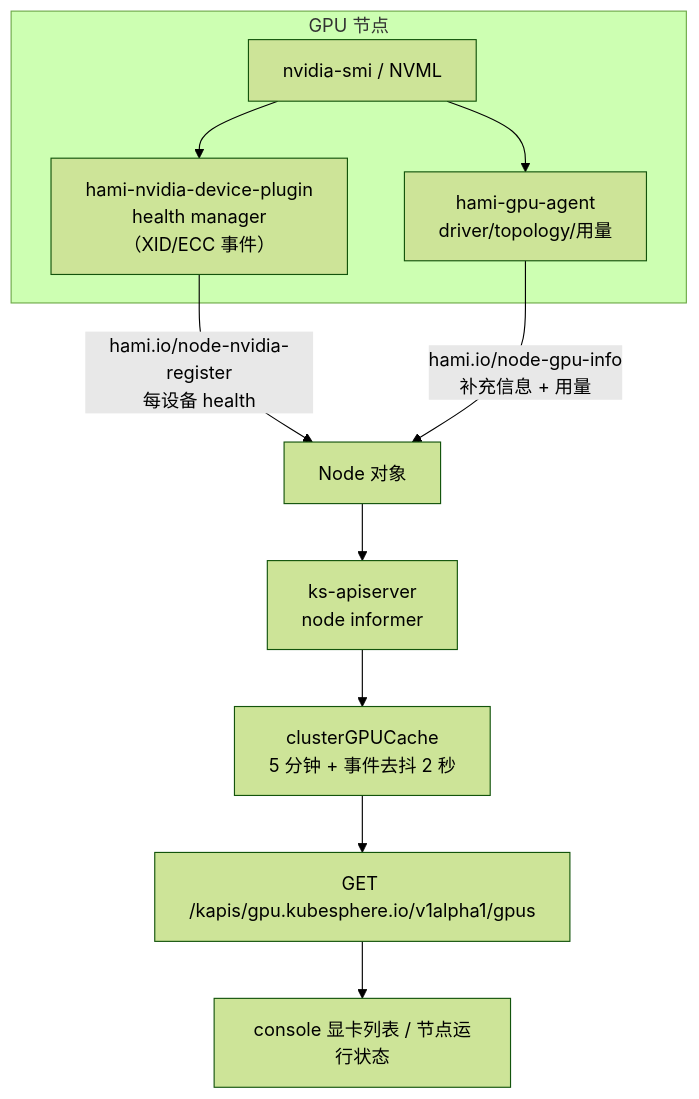
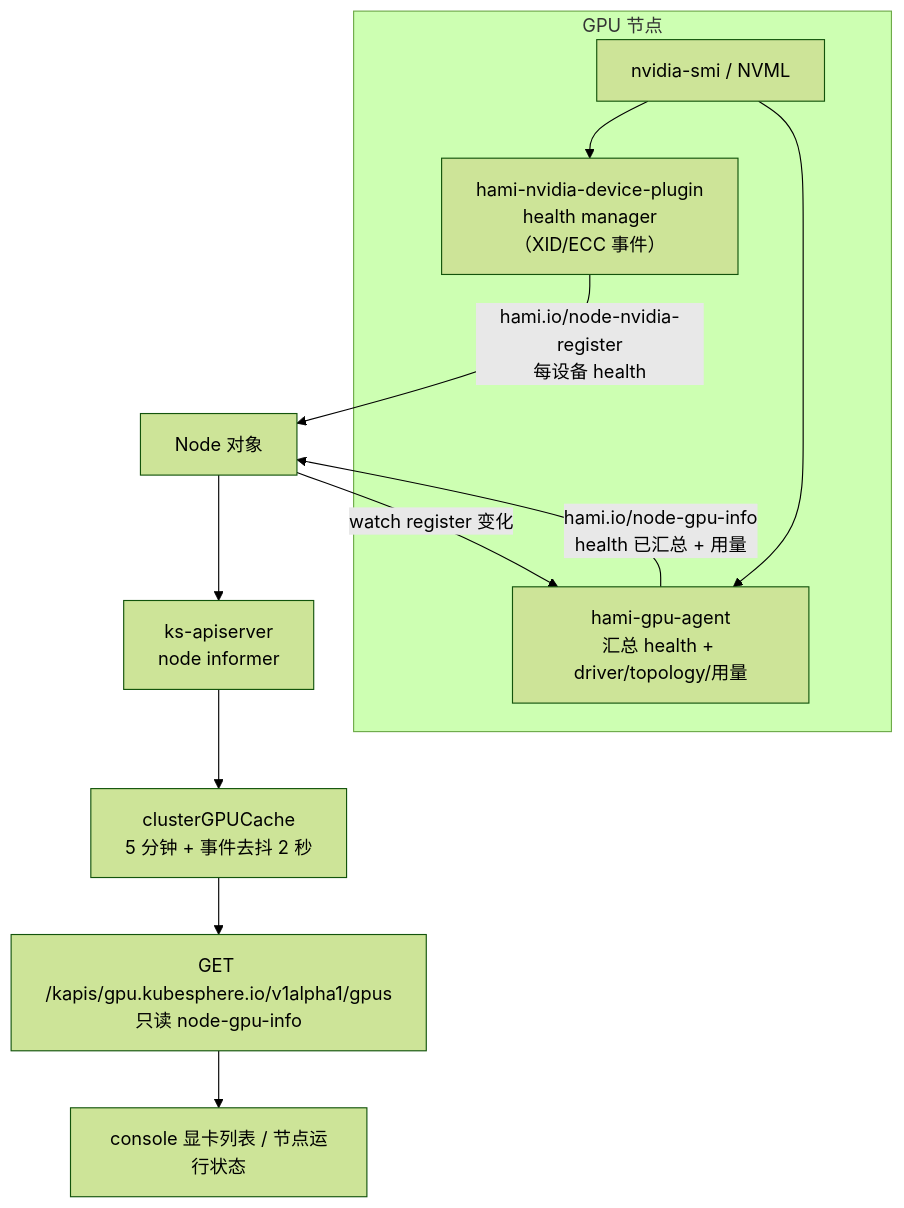
The diagram in design/cluster-gpu/_index.md (Kube-AI-Hub/console), drawn with Mermaid (forest theme) before and after one commit. The commit also changed other lines of this file and 5 other files, not shown here.

First line of the commit message:
docs(cluster-gpu): gpu-agent owns the register scan, kube-server reads one source

````diff
--- a/design/cluster-gpu/_index.md
+++ b/design/cluster-gpu/_index.md
@@ -19,16 +19,17 @@
 ```mermaid
 flowchart TD
   subgraph node["GPU 节点"]
     dp["hami-nvidia-device-plugin<br/>health manager（XID/ECC 事件）"]
-    agent["hami-gpu-agent<br/>driver/topology/用量"]
+    agent["hami-gpu-agent<br/>汇总 health + driver/topology/用量"]
     smi["nvidia-smi / NVML"]
   end
   dp -->|"hami.io/node-nvidia-register<br/>每设备 health"| nodeobj["Node 对象"]
-  agent -->|"hami.io/node-gpu-info<br/>补充信息 + 用量"| nodeobj
+  nodeobj -->|"watch register 变化"| agent
+  agent -->|"hami.io/node-gpu-info<br/>health 已汇总 + 用量"| nodeobj
   smi --> dp
   smi --> agent
   nodeobj --> informer["ks-apiserver<br/>node informer"]
   informer --> cache["clusterGPUCache<br/>5 分钟 + 事件去抖 2 秒"]
-  cache --> api["GET /kapis/gpu.kubesphere.io/v1alpha1/gpus"]
+  cache --> api["GET /kapis/gpu.kubesphere.io/v1alpha1/gpus<br/>只读 node-gpu-info"]
   api --> console["console 显卡列表 / 节点运行状态"]
 ```
````
